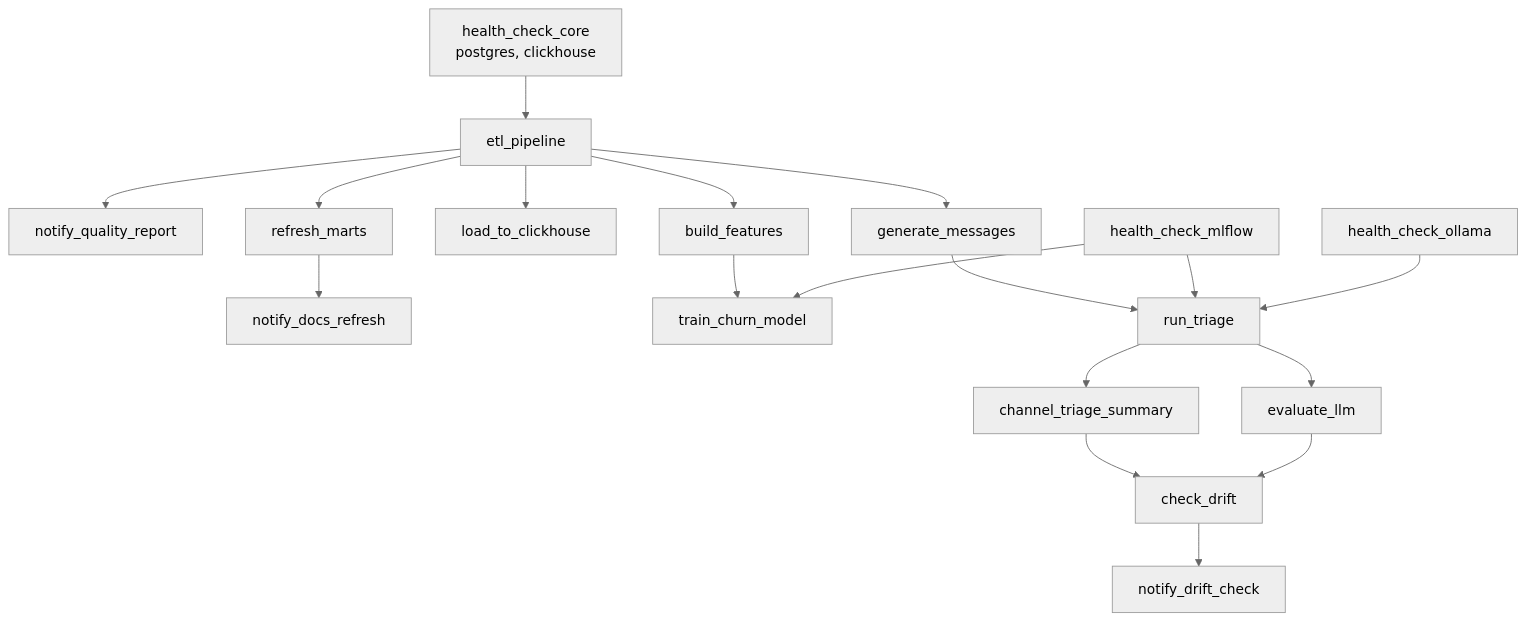
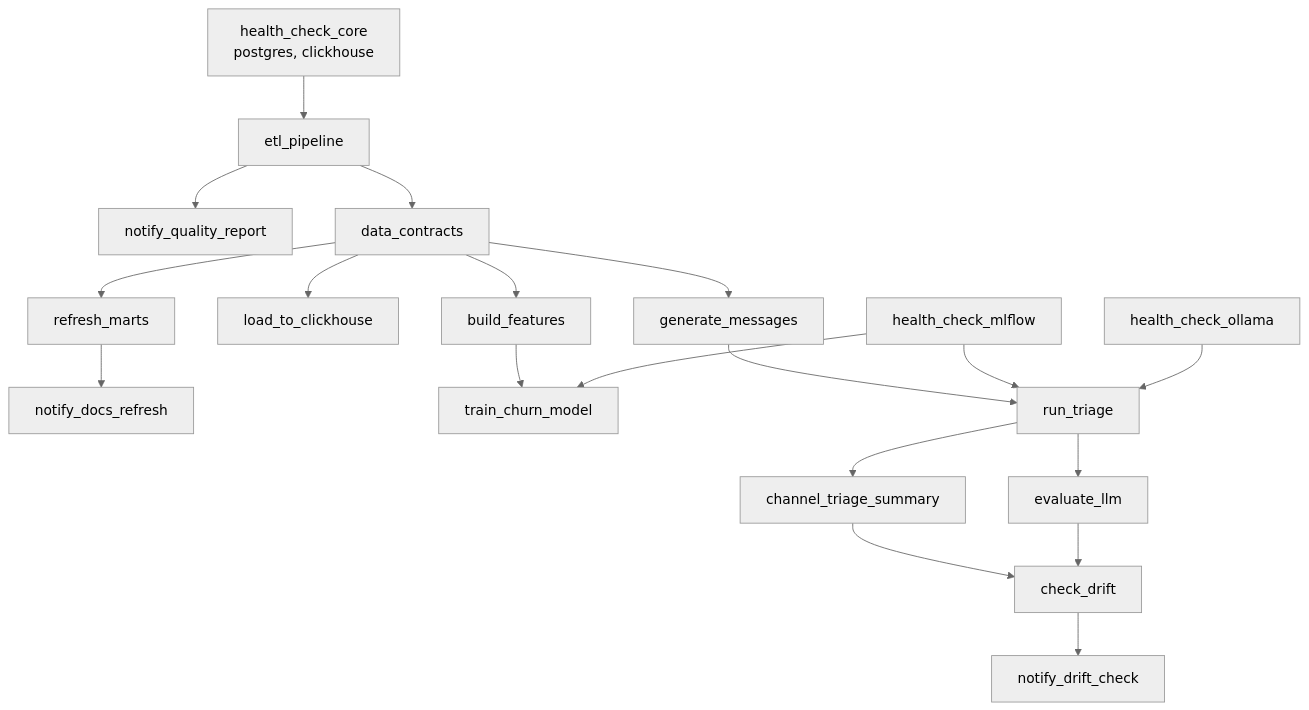
One commit to exist-ty/Nikolay-Kolesnikov-Data-Engineering-Applied-ML-LLM-Portfolio-Hub changed the diagram in docs/orchestration.md. Above: the diagram before and after it, drawn with Mermaid (neutral theme). The commit also changed other lines of this file and 11 other files, not shown here.

````diff
--- a/docs/orchestration.md
+++ b/docs/orchestration.md
@@ -13,17 +16,18 @@
 ```mermaid
 graph TD
     S[health_check_core<br/>postgres, clickhouse] --> A[etl_pipeline]
     A --> B[notify_quality_report]
-    A --> C[refresh_marts] --> D[notify_docs_refresh]
-    A --> E[load_to_clickhouse]
-    A --> F[build_features] --> G[train_churn_model]
-    A --> H[generate_messages] --> I[run_triage]
+    A --> Q[data_contracts]
+    Q --> C[refresh_marts] --> D[notify_docs_refresh]
+    Q --> E[load_to_clickhouse]
+    Q --> F[build_features] --> G[train_churn_model]
+    Q --> H[generate_messages] --> I[run_triage]
     I --> J[channel_triage_summary]
     I --> K[evaluate_llm]
     J --> P[check_drift]
     K --> P
     P --> L[notify_drift_check]
     M[health_check_mlflow] --> G
     M --> I
     O[health_check_ollama] --> I
 ```
````
